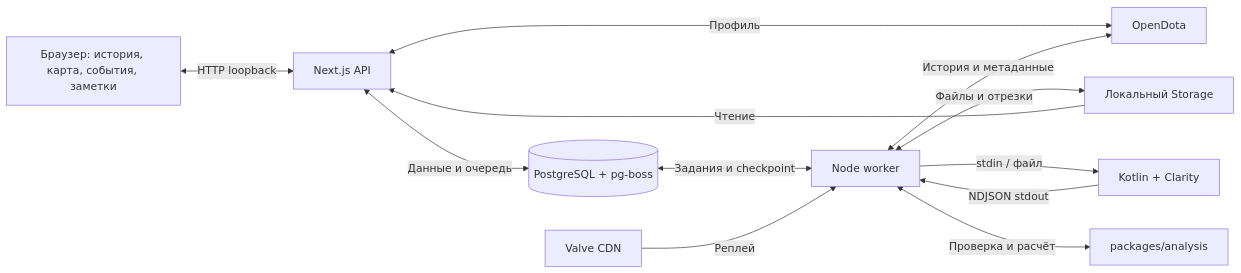
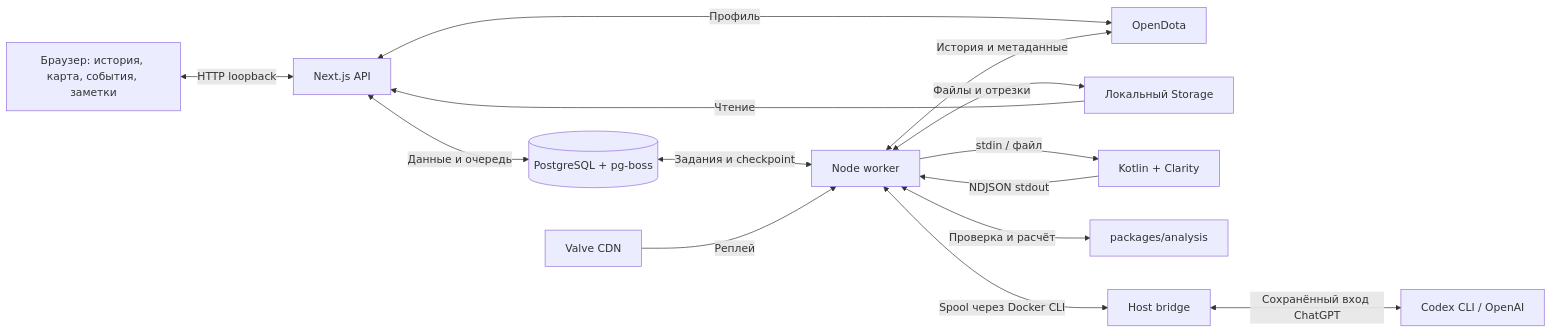
The diagram in docs/architecture.md (slavenski01/dota-api), drawn with Mermaid before and after one commit. The commit also changed other lines of this file and 17 other files, not shown here.

````diff
--- a/docs/architecture.md
+++ b/docs/architecture.md
@@ -43,14 +45,16 @@
 ```mermaid
 flowchart LR
     Browser["Браузер: история, карта, события, заметки"] <-->|HTTP loopback| Web["Next.js API"]
     Web <-->|Профиль| OpenDota["OpenDota"]
     Web <-->|Данные и очередь| DB[("PostgreSQL + pg-boss")]
     DB <-->|Задания и checkpoint| Worker["Node worker"]
     Worker <-->|История и метаданные| OpenDota
     CDN["Valve CDN"] -->|Реплей| Worker
     Worker <-->|Файлы и отрезки| Storage["Локальный Storage"]
     Storage -->|Чтение| Web
     Worker -->|stdin / файл| Parser["Kotlin + Clarity"]
     Parser -->|NDJSON stdout| Worker
     Worker <-->|Проверка и расчёт| Analysis["packages/analysis"]
+    Worker <-->|Spool через Docker CLI| Bridge["Host bridge"]
+    Bridge <-->|Сохранённый вход ChatGPT| Codex["Codex CLI / OpenAI"]
 ```
````
